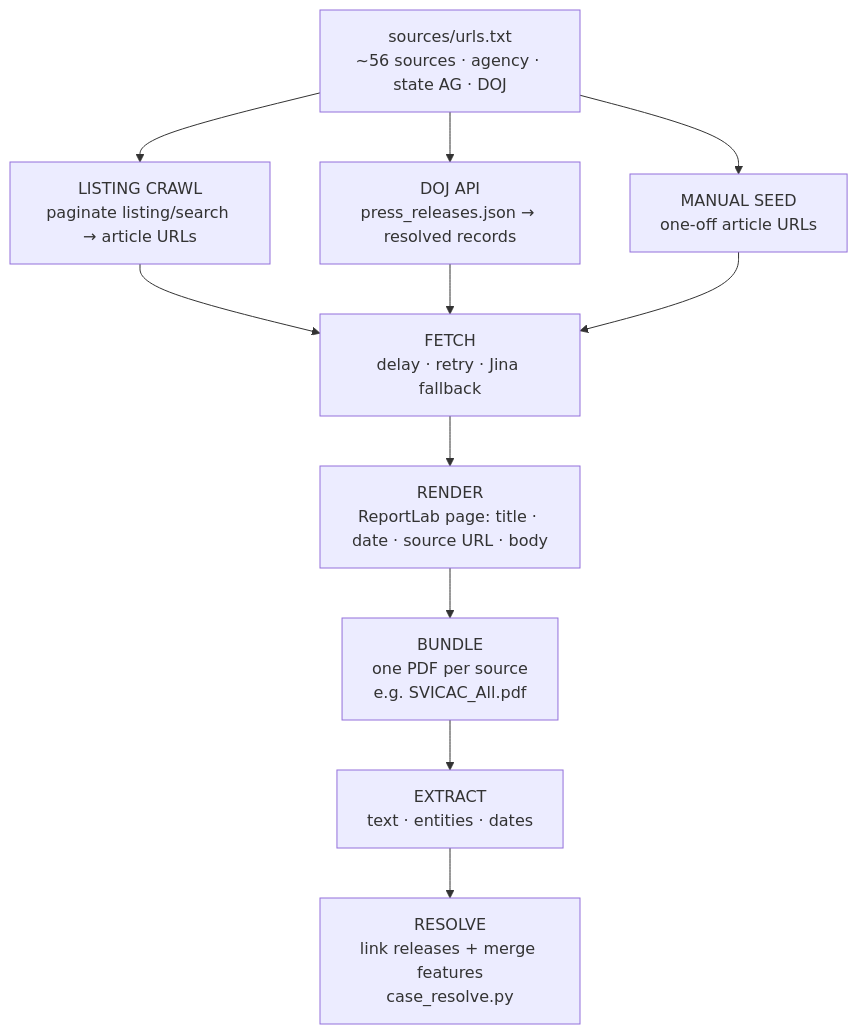
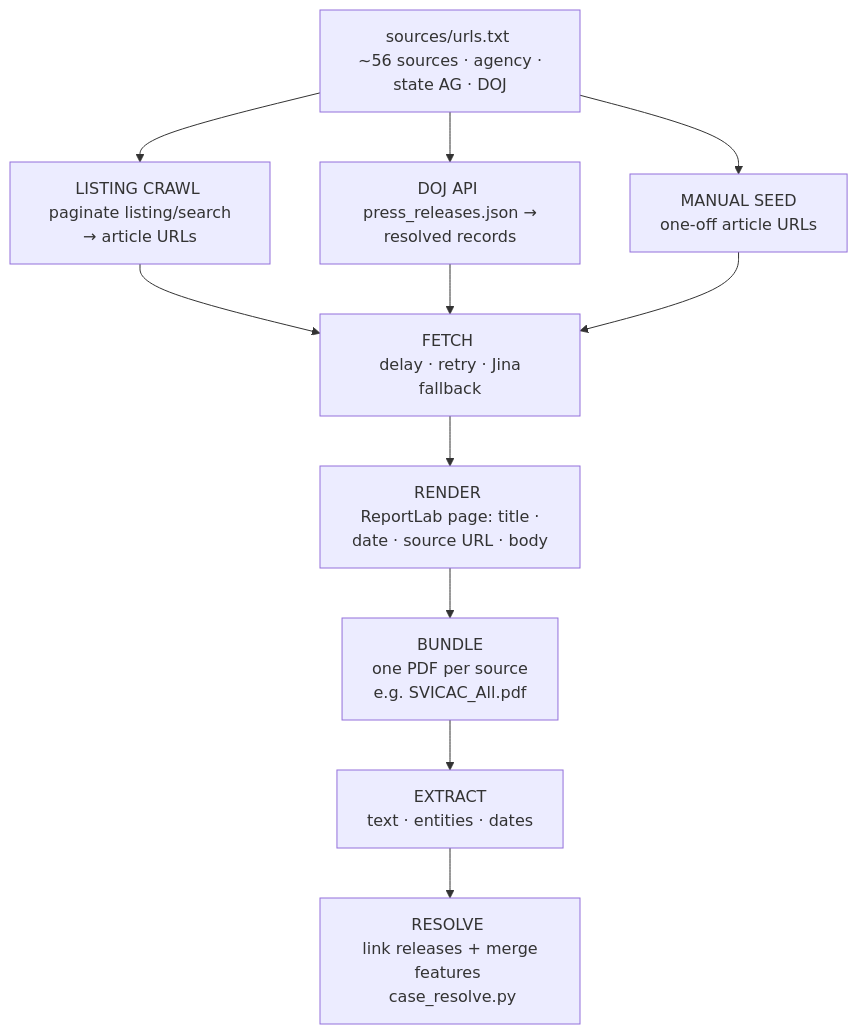
One commit to mrinaalr/CaseNoesis changed the second of 2 diagrams in README.md. Above: the diagram before and after it, drawn with Mermaid. The commit also changed other lines of this file and 13 other files, not shown here.

````diff
--- a/README.md
+++ b/README.md
@@ -60,17 +60,17 @@
 ```mermaid
 flowchart TD
-    SRC["sources/urls.txt<br/>~56 sources · agency · state AG · DOJ"]
+    SRC["sources/urls.txt <br/> ~56 sources · agency · state AG · DOJ"]
 
-    SRC --> L["LISTING CRAWL<br/>paginate listing/search → article URLs"]
-    SRC --> D["DOJ API<br/>press_releases.json → resolved records"]
-    SRC --> M["MANUAL SEED<br/>one-off article URLs"]
+    SRC --> L["LISTING CRAWL <br/> paginate listing/search → article URLs"]
+    SRC --> D["DOJ API <br/> press_releases.json → resolved records"]
+    SRC --> M["MANUAL SEED <br/> one-off article URLs"]
 
-    L --> F["FETCH<br/>delay · retry · Jina fallback"]
+    L --> F["FETCH <br/> delay · retry · Jina fallback"]
     D --> F
     M --> F
 
-    F --> R["RENDER<br/>ReportLab page: title · date · source URL · body"]
-    R --> B["BUNDLE<br/>one PDF per source<br/>e.g. SVICAC_All.pdf"]
-    B --> E["EXTRACT<br/>text · entities · dates"]
-    E --> V["RESOLVE<br/>link releases + merge features<br/>case_resolve.py"]
+    F --> R["RENDER <br/> ReportLab page: title · date · source URL · body"]
+    R --> B["BUNDLE <br/> one PDF per source <br/> e.g. SVICAC_All.pdf"]
+    B --> E["EXTRACT <br/> text · entities · dates"]
+    E --> V["RESOLVE <br/> link releases + merge features <br/> case_resolve.py"]
 ```
````
